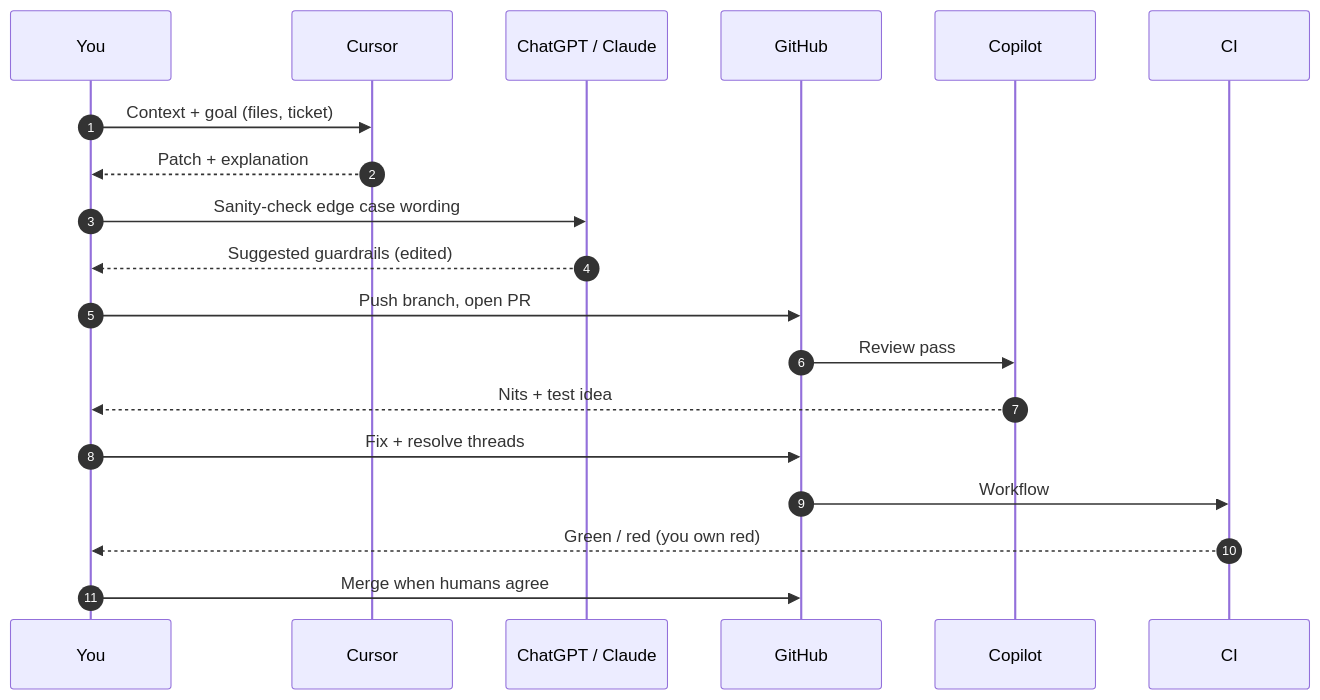
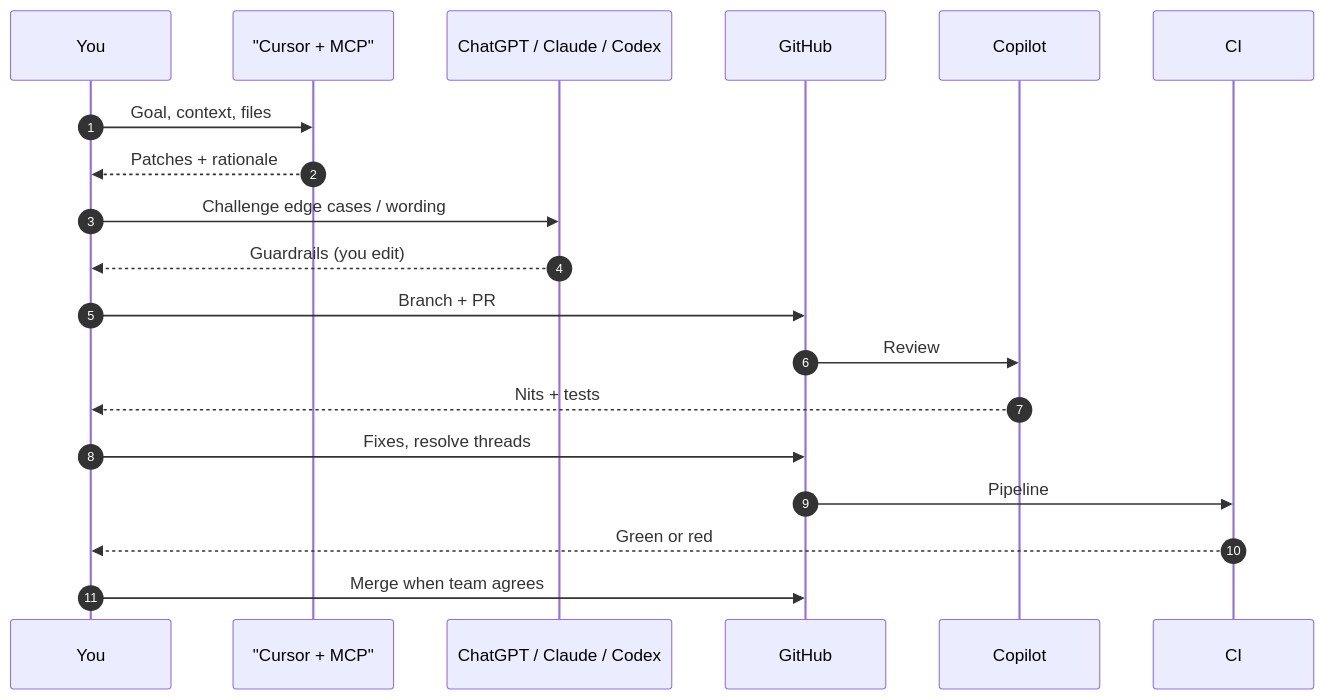
Before and after one commit to tomm1990/tomm1990: the third of 6 diagrams in README.md, drawn with Mermaid. The commit also changed other lines of this file, not shown here.

First line of the commit message:
docs(profile): light-theme widgets, stats fix, and mermaid refresh

````diff
--- a/README.md
+++ b/README.md
@@ -199,21 +187,21 @@
 ```mermaid
 sequenceDiagram
     autonumber
     participant Dev as You
-    participant IDE as Cursor
-    participant GPT as ChatGPT / Claude
+    participant IDE as "Cursor + MCP"
+    participant LLM as ChatGPT / Claude / Codex
     participant GH as GitHub
     participant Copilot as Copilot
     participant CI as CI
-    Dev->>IDE: Context + goal (files, ticket)
-    IDE-->>Dev: Patch + explanation
-    Dev->>GPT: Sanity-check edge case wording
-    GPT-->>Dev: Suggested guardrails (edited)
-    Dev->>GH: Push branch, open PR
-    GH->>Copilot: Review pass
-    Copilot-->>Dev: Nits + test idea
-    Dev->>GH: Fix + resolve threads
-    GH->>CI: Workflow
-    CI-->>Dev: Green / red (you own red)
-    Dev->>GH: Merge when humans agree
+    Dev->>IDE: Goal, context, files
+    IDE-->>Dev: Patches + rationale
+    Dev->>LLM: Challenge edge cases / wording
+    LLM-->>Dev: Guardrails (you edit)
+    Dev->>GH: Branch + PR
+    GH->>Copilot: Review
+    Copilot-->>Dev: Nits + tests
+    Dev->>GH: Fixes, resolve threads
+    GH->>CI: Pipeline
+    CI-->>Dev: Green or red
+    Dev->>GH: Merge when team agrees
 ```
````
